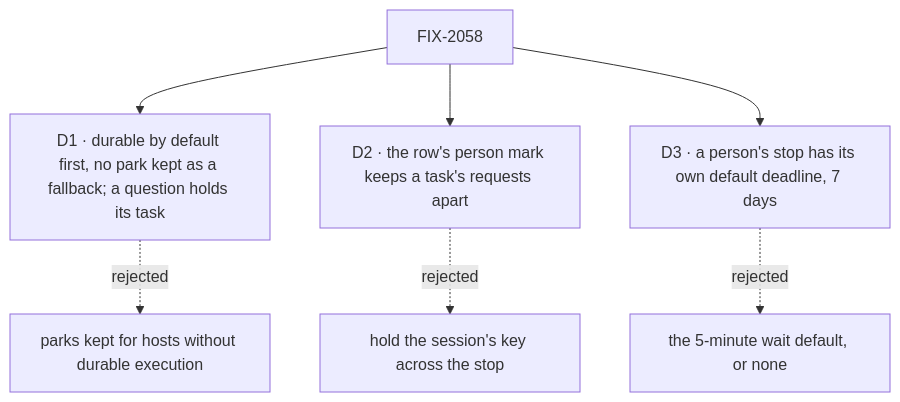
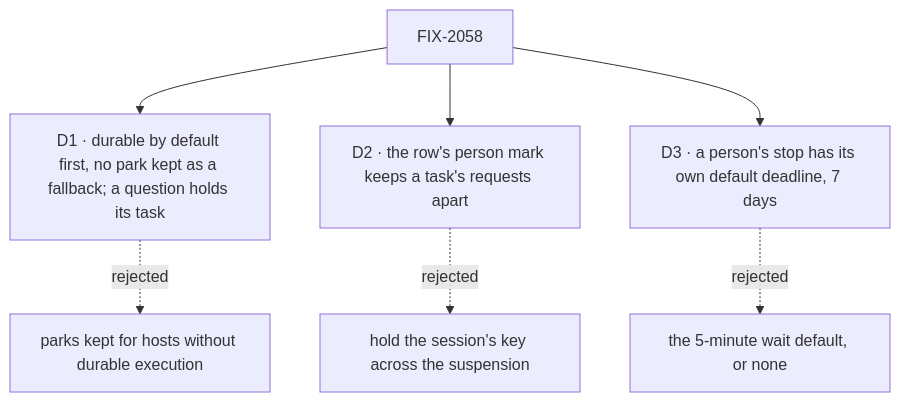
Before and after one commit to fixpoint-labs/flow-state-dev: the diagram in specs/epics/FIX-2058/DECISIONS.md, drawn with Mermaid. The commit also changed other lines of this file and 5 other files, not shown here.

First line of the commit message:
spec(epic): FIX-2058 amendment — narrow suspension-only "stop" wording

````diff
--- a/specs/epics/FIX-2058/DECISIONS.md
+++ b/specs/epics/FIX-2058/DECISIONS.md
@@ -12,9 +12,9 @@
 ```mermaid
 flowchart TD
   E["FIX-2058"] --> D1["D1 · durable by default first, no park kept as a fallback; a question holds its task"]
   D1 -.->|"rejected"| X1["parks kept for hosts without durable execution"]
   E --> D2["D2 · the row's person mark keeps a task's requests apart"]
-  D2 -.->|"rejected"| X2["hold the session's key across the stop"]
+  D2 -.->|"rejected"| X2["hold the session's key across the suspension"]
   E --> D3["D3 · a person's stop has its own default deadline, 7 days"]
   D3 -.->|"rejected"| X3["the 5-minute wait default, or none"]
 ```
````
